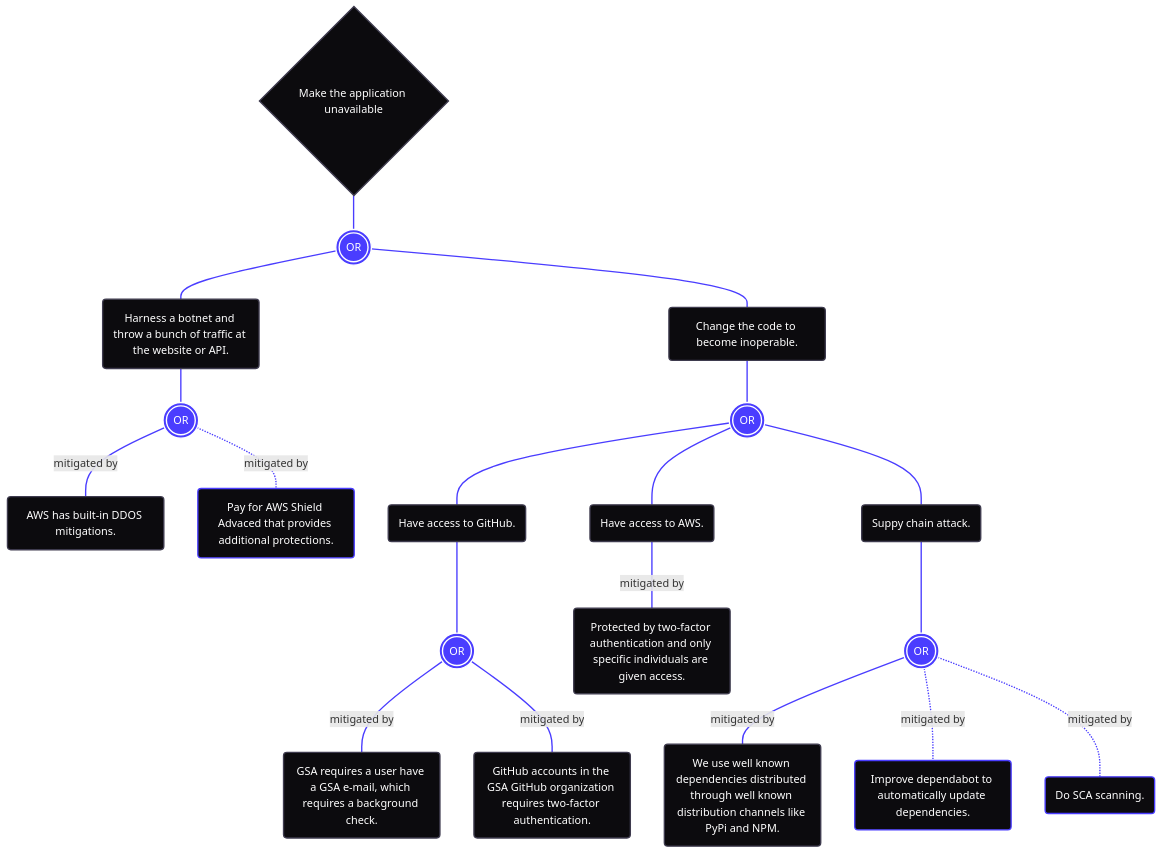
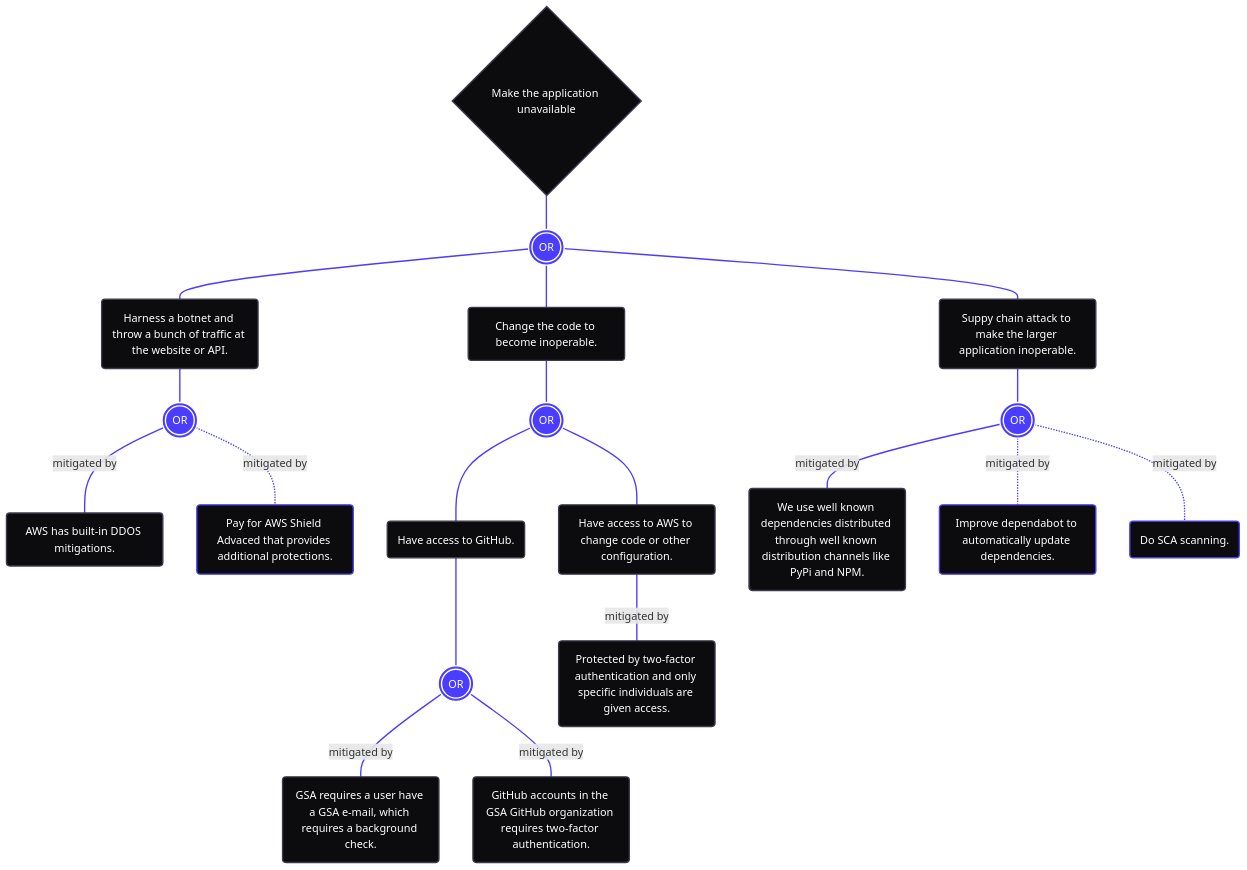
The first of 4 diagrams in docs/THREAT_MODEL.md (gsa-tts-archived/document-extractor-poc), drawn with Mermaid before and after one commit. The commit also changed other lines of this file and 1 other file, not shown here.

````diff
--- a/docs/THREAT_MODEL.md
+++ b/docs/THREAT_MODEL.md
@@ -52,36 +52,36 @@
 ```mermaid
 flowchart TD
   A0{Make the application unavailable}:::objective
     A0---B1(((OR))):::booleanOr
       B1---C1(Harness a botnet and throw a bunch of traffic at the website or API.):::condition
         C1---D1(((OR))):::booleanOr
           D1-- mitigated by ---E1(AWS has built-in DDOS mitigations.):::condition
           D1-. mitigated by .-E2(Pay for AWS Shield Advaced that provides additional protections.):::condition
       B1---C2(Change the code to become inoperable.):::condition
         C2---D2(((OR))):::booleanOr
           D2---E3(Have access to GitHub.):::condition
             E3---F1(((OR))):::booleanOr
               F1-- mitigated by ---G1(GSA requires a user have a GSA e-mail, which requires a background check.):::condition
               F1-- mitigated by ---G2(GitHub accounts in the GSA GitHub organization requires two-factor authentication.):::condition
-          D2---E4(Have access to AWS.):::condition
+          D2---E4(Have access to AWS to change code or other configuration.):::condition
             E4-- mitigated by ---F2(Protected by two-factor authentication and only specific individuals are given access.):::condition
-          D2---E5(Suppy chain attack.):::condition
-            E5---F3(((OR))):::booleanOr
-              F3-- mitigated by ---G3(We use well known dependencies distributed through well known distribution channels like PyPi and NPM.):::condition
-              F3-. mitigated by .-G4(Improve dependabot to automatically update dependencies.):::condition
-              F3-. mitigated by .-G5(Do SCA scanning.):::condition
+      B1---C3(Suppy chain attack to make the larger application inoperable.):::condition
+        C3---D3(((OR))):::booleanOr
+          D3-- mitigated by ---E5(We use well known dependencies distributed through well known distribution channels like PyPi and NPM.):::condition
+          D3-. mitigated by .-E6(Improve dependabot to automatically update dependencies.):::condition
+          D3-. mitigated by .-E7(Do SCA scanning.):::condition
   classDef objective fill:#0c0b0e,color:#ffffff,stroke:#3e3b4e,stroke-width:2px
   classDef condition fill:#0c0b0e,color:#ffffff,stroke:#3e3b4e,stroke-width:2px
   classDef assumption fill:#0c0b0e,color:#ffffff,stroke:#3e3b4e,stroke-width:2px
   classDef booleanAnd fill:#4a3dff,color:#ffffff,stroke:#ffffff,stroke-width:2px
   classDef booleanOr fill:#4a3dff,color:#ffffff,stroke:#ffffff,stroke-width:2px
   style E1 stroke:#4a3dff,stroke-width:2px,fill:#0c0b0e,color:#ffffff,stroke:#3e3b4e,stroke-width:2px
   style E2 stroke:#4a3dff,stroke-width:2px
   style G1 stroke:#4a3dff,stroke-width:2px,fill:#0c0b0e,color:#ffffff,stroke:#3e3b4e,stroke-width:2px
   style G2 stroke:#4a3dff,stroke-width:2px,fill:#0c0b0e,color:#ffffff,stroke:#3e3b4e,stroke-width:2px
   style F2 stroke:#4a3dff,stroke-width:2px,fill:#0c0b0e,color:#ffffff,stroke:#3e3b4e,stroke-width:2px
-  style G3 stroke:#4a3dff,stroke-width:2px,fill:#0c0b0e,color:#ffffff,stroke:#3e3b4e,stroke-width:2px
-  style G4 stroke:#4a3dff,stroke-width:2px
-  style G5 stroke:#4a3dff,stroke-width:2px
+  style E5 stroke:#4a3dff,stroke-width:2px,fill:#0c0b0e,color:#ffffff,stroke:#3e3b4e,stroke-width:2px
+  style E6 stroke:#4a3dff,stroke-width:2px
+  style E7 stroke:#4a3dff,stroke-width:2px
   linkStyle 0,1,2,3,4,5,6,7,8,9,10,11,12,13,14,15,16,17 stroke:#4a3dff,stroke-width:2px
 ```
````
